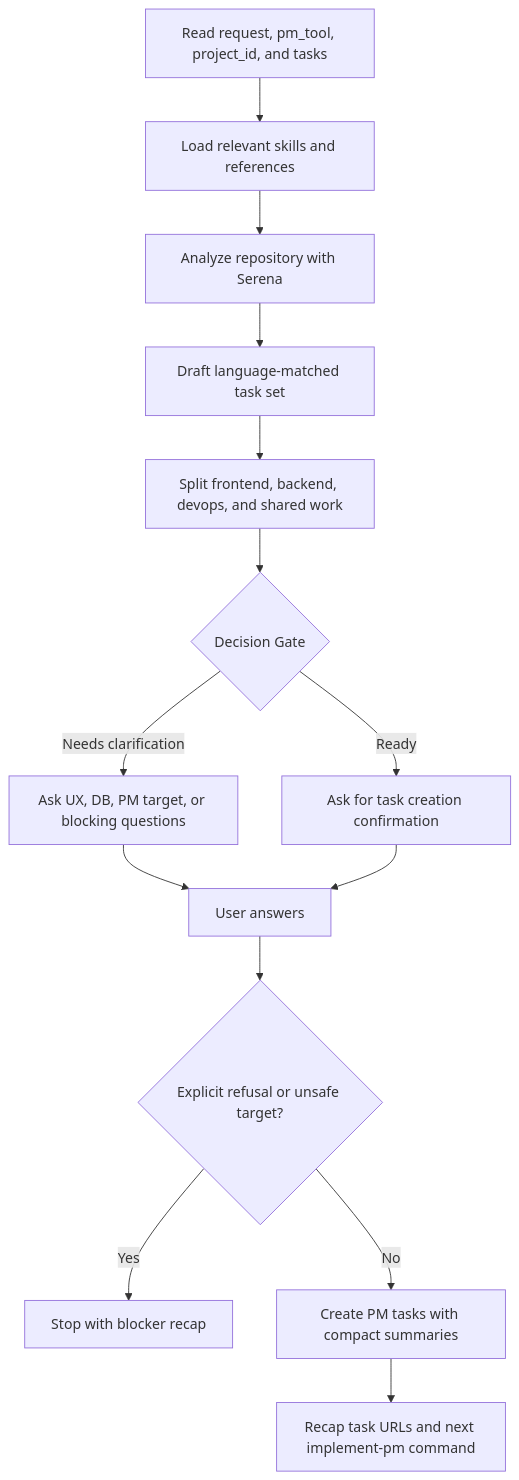
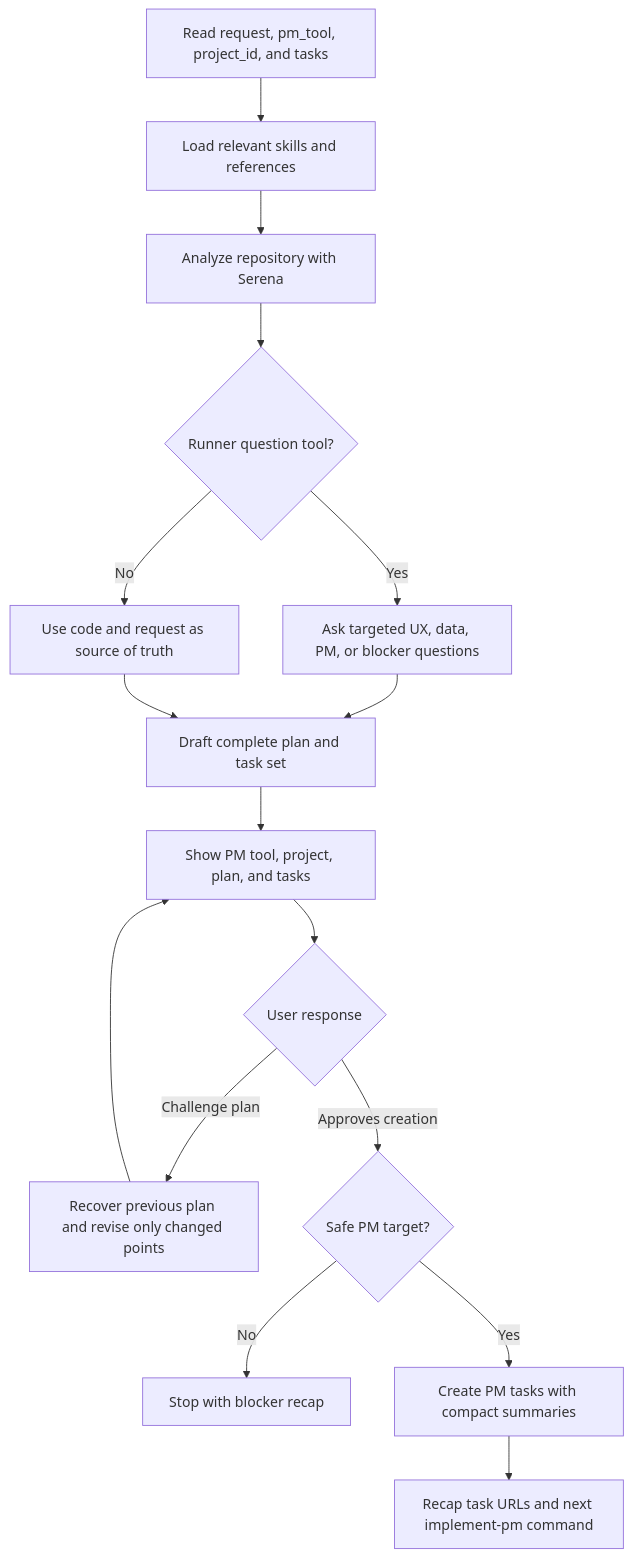
The diagram in skills/feed-pm/SKILL.md (mvagnon/plan-based-agentic-workflow), drawn with Mermaid before and after one commit. The commit also changed other lines of this file and 10 other files, not shown here.

````diff
--- a/skills/feed-pm/SKILL.md
+++ b/skills/feed-pm/SKILL.md
@@ -20,16 +22,18 @@
 ```mermaid
 flowchart TD
   A[Read request, pm_tool, project_id, and tasks] --> B[Load relevant skills and references]
   B --> C[Analyze repository with Serena]
-  C --> D[Draft language-matched task set]
-  D --> E[Split frontend, backend, devops, and shared work]
-  E --> F{Decision Gate}
-  F -->|Needs clarification| G[Ask UX, DB, PM target, or blocking questions]
-  F -->|Ready| H[Ask for task creation confirmation]
-  G --> I[User answers]
-  H --> I
-  I --> J{Explicit refusal or unsafe target?}
-  J -->|Yes| K[Stop with blocker recap]
-  J -->|No| L[Create PM tasks with compact summaries]
-  L --> M[Recap task URLs and next implement-pm command]
+  C --> D{Runner question tool?}
+  D -->|Yes| E[Ask targeted UX, data, PM, or blocker questions]
+  D -->|No| F[Use code and request as source of truth]
+  E --> G[Draft complete plan and task set]
+  F --> G
+  G --> H[Show PM tool, project, plan, and tasks]
+  H --> I{User response}
+  I -->|Challenge plan| J[Recover previous plan and revise only changed points]
+  J --> H
+  I -->|Approves creation| K{Safe PM target?}
+  K -->|No| L[Stop with blocker recap]
+  K -->|Yes| M[Create PM tasks with compact summaries]
+  M --> N[Recap task URLs and next implement-pm command]
 ```
````
